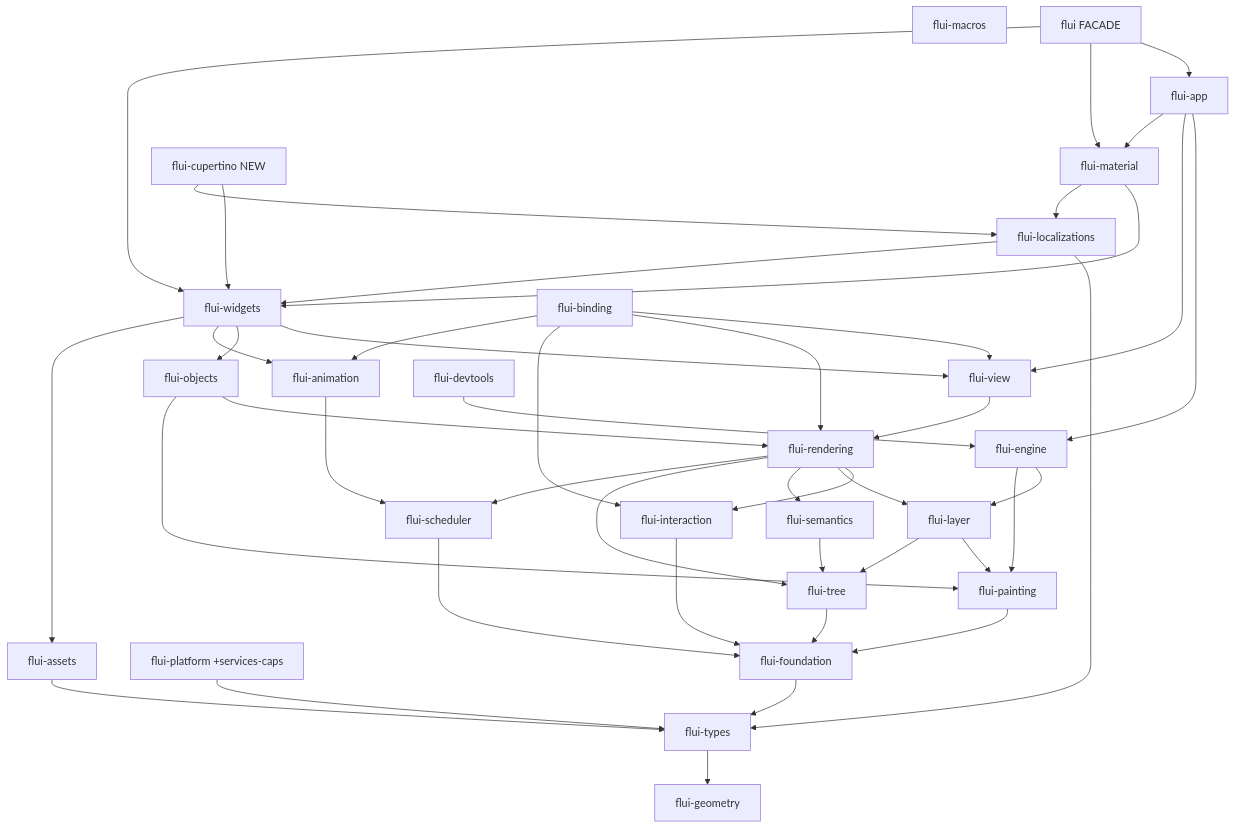
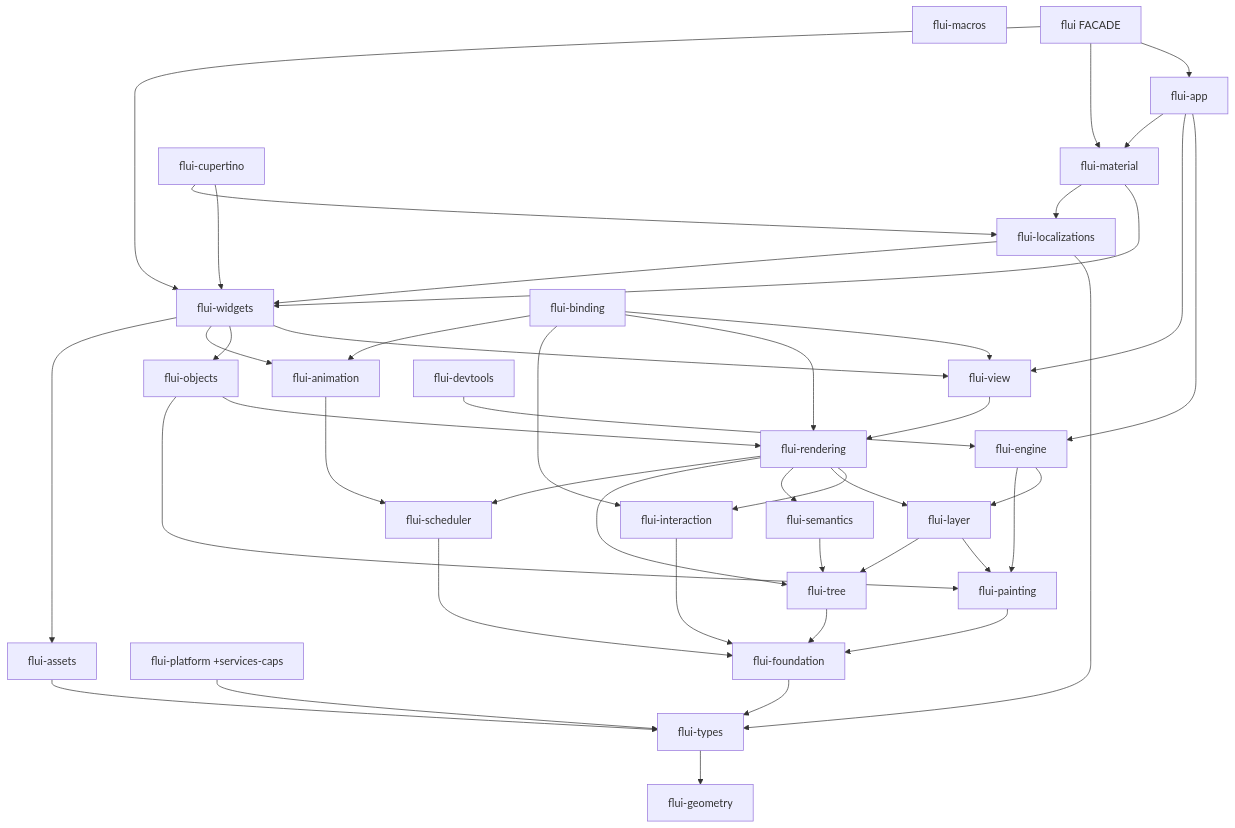
Before and after one commit to vanyastaff/flui: the diagram in docs/FOUNDATIONS.md, drawn with Mermaid. The commit also changed other lines of this file and 17 other files, not shown here.

````diff
--- a/docs/FOUNDATIONS.md
+++ b/docs/FOUNDATIONS.md
@@ -159,72 +159,72 @@
 ```mermaid
 graph TD
     geometry[flui-geometry]
     types[flui-types]
     foundation[flui-foundation]
     macros[flui-macros]
     tree[flui-tree]
     platform[flui-platform +services-caps]
     scheduler[flui-scheduler]
     painting[flui-painting]
     interaction[flui-interaction]
     assets[flui-assets]
     semantics[flui-semantics]
     layer[flui-layer]
     animation[flui-animation]
     engine[flui-engine]
     rendering[flui-rendering]
     objects[flui-objects]
     view[flui-view]
     devtools[flui-devtools]
     widgets[flui-widgets]
     binding[flui-binding]
     l10n[flui-localizations]
     material[flui-material]
-    cupertino[flui-cupertino NEW]
+    cupertino[flui-cupertino]
     app[flui-app]
     facade[flui FACADE]
 
     types --> geometry
     foundation --> types
     tree --> foundation
     platform --> types
     scheduler --> foundation
     painting --> foundation
     interaction --> foundation
     assets --> types
     semantics --> tree
     layer --> painting
     layer --> tree
     animation --> scheduler
     engine --> layer
     engine --> painting
     rendering --> interaction
     rendering --> layer
     rendering --> semantics
     rendering --> tree
     rendering --> scheduler
     objects --> rendering
     objects --> painting
     view --> rendering
     devtools --> engine
     widgets --> view
     widgets --> objects
     widgets --> animation
     widgets --> assets
     binding --> view
     binding --> rendering
     binding --> interaction
     binding --> animation
     l10n --> types
     l10n --> widgets
     material --> widgets
     material --> l10n
     cupertino --> widgets
     cupertino --> l10n
     app --> engine
     app --> view
     app --> material
     facade --> app
     facade --> material
     facade --> widgets
 ```
````
